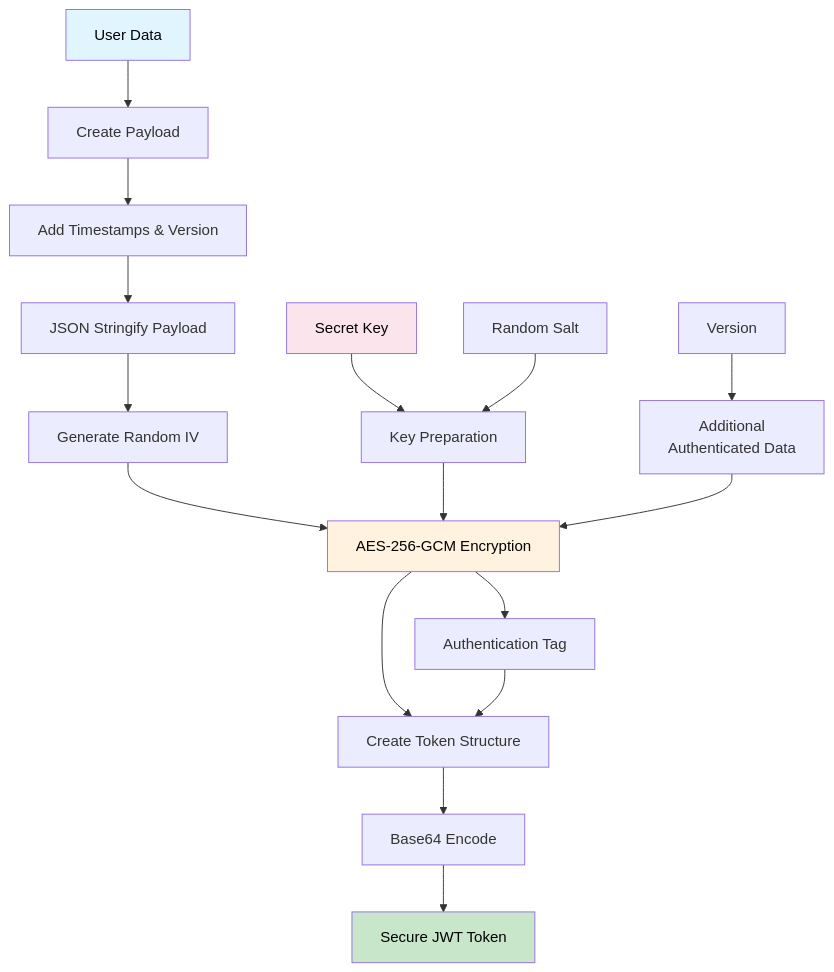
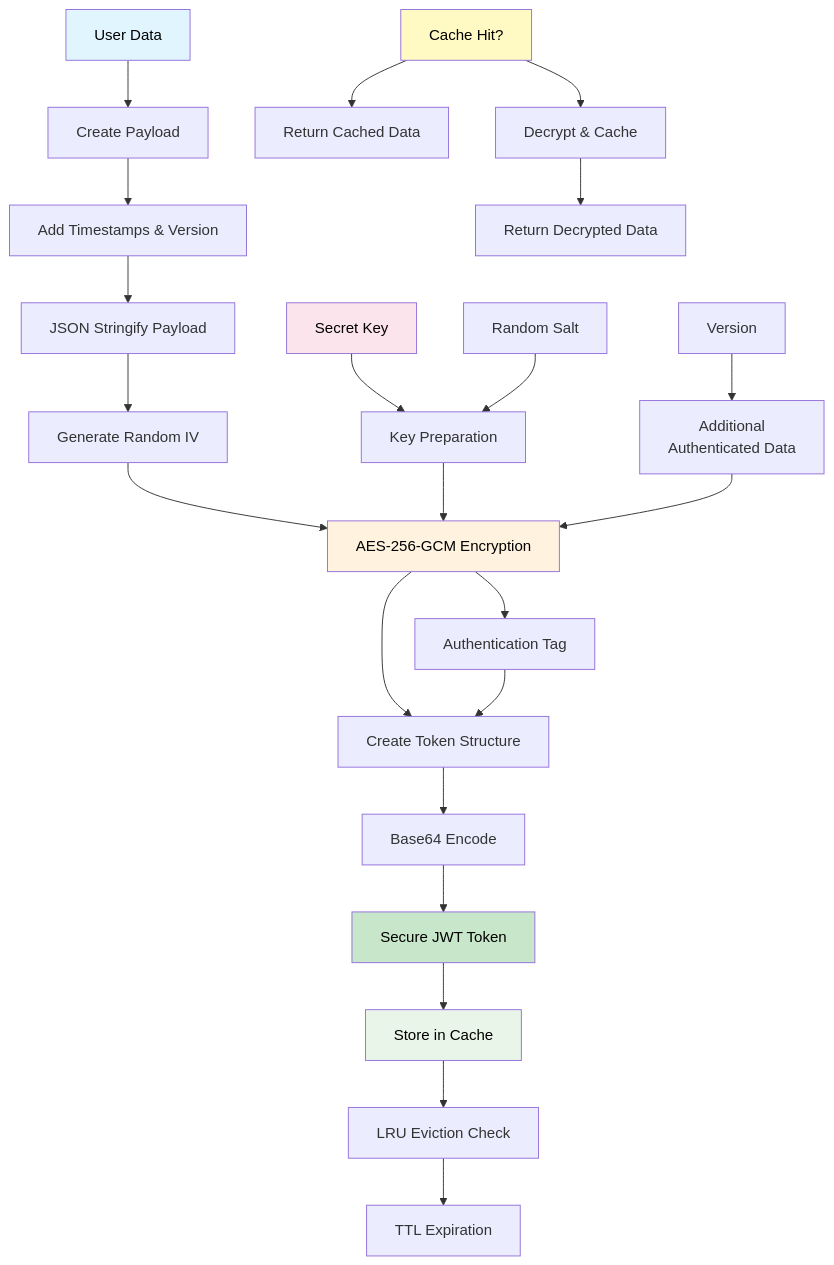
The second of 3 diagrams in README.md (NeaByteLab/Secure-JWT), drawn with Mermaid before and after one commit. The commit also changed other lines of this file, not shown here.

Commit message:
docs(architecture): enhance diagrams with caching and improve visual design :art:

````diff
--- a/README.md
+++ b/README.md
@@ -194,27 +236,36 @@
 ```mermaid
 graph TD
     A[User Data] --> B[Create Payload]
     B --> C[Add Timestamps & Version]
     C --> D[JSON Stringify Payload]
     D --> E[Generate Random IV]
     E --> F[AES-256-GCM Encryption]
     F --> G[Create Token Structure]
     G --> H[Base64 Encode]
     H --> I[Secure JWT Token]
+    I --> J[Store in Cache]
+    J --> K[LRU Eviction Check]
+    K --> L[TTL Expiration]
 
-    J[Secret Key] --> K[Key Preparation]
-    K --> F
-    L[Random Salt] --> K
+    M[Secret Key] --> N[Key Preparation]
+    N --> F
+    O[Random Salt] --> N
 
-    M[Version] --> N[Additional
+    P[Version] --> Q[Additional
     Authenticated Data]
-    N --> F
+    Q --> F
 
-    F --> O[Authentication Tag]
-    O --> G
+    F --> R[Authentication Tag]
+    R --> G
+
+    S[Cache Hit?] --> T[Return Cached Data]
+    S --> U[Decrypt & Cache]
+    U --> V[Return Decrypted Data]
 
     style A fill:#e1f5fe,color:#000
     style I fill:#c8e6c9,color:#000
     style F fill:#fff3e0,color:#000
-    style J fill:#fce4ec,color:#000
+    style M fill:#fce4ec,color:#000
+    style J fill:#e8f5e8,color:#000
+    style S fill:#fff9c4,color:#000
 ```
````
